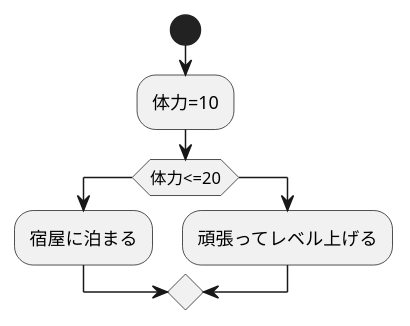
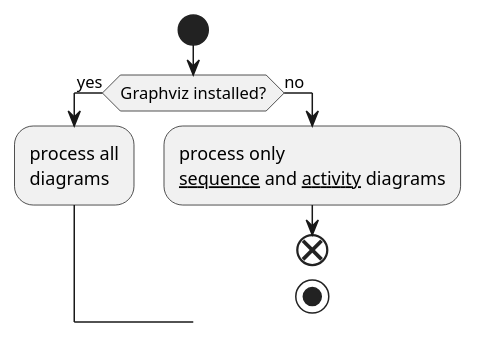
One commit to Aso2001378/2021sys-design changed the diagram in kadai1.md. Above: the diagram before and after it, drawn with PlantUML.

````diff
--- a/kadai1.md
+++ b/kadai1.md
@@ -1,11 +1,13 @@
 ```uml
 @startuml
 start
-:体力=10;
-if(体力<=20)
-:宿屋に泊まる;
-else
-:頑張ってレベル上げる;
-endif
+
+if (Graphviz installed?) then (yes)
+  :process all\ndiagrams;
+else (no)
+  :process only
+  __sequence__ and __activity__ diagrams;
+end
+stop
 @enduml
 ```
````
